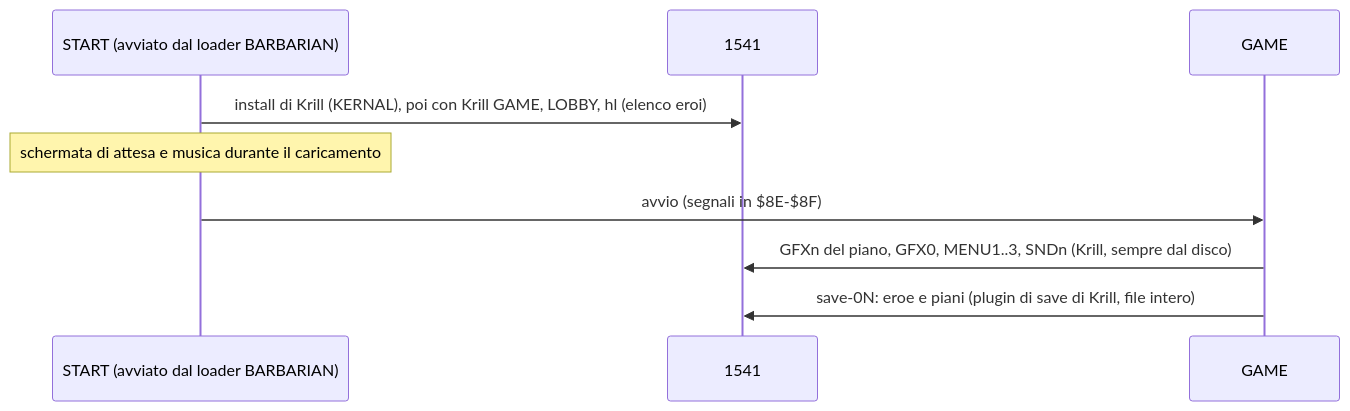
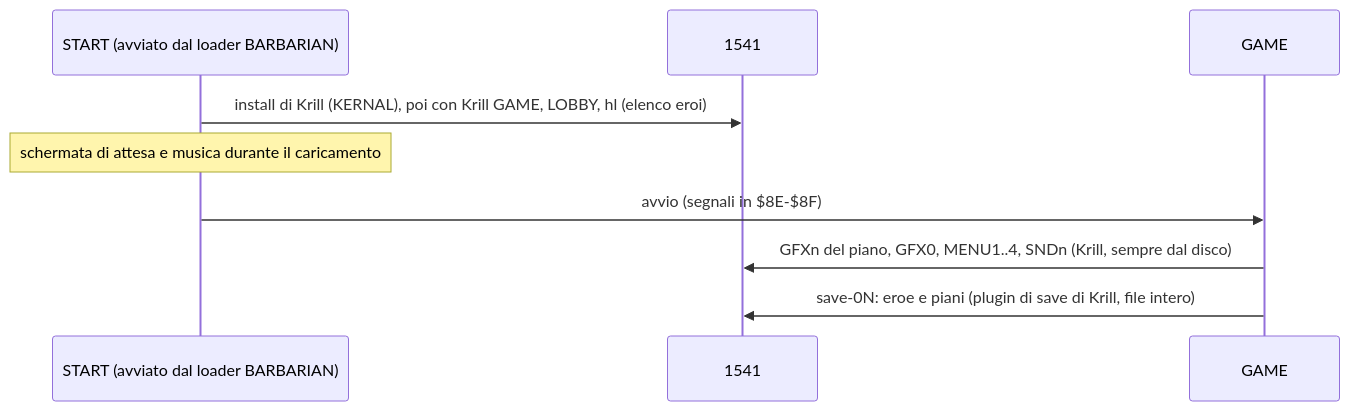
Before and after one commit to caporalesimone/barbarian-the-blood-path: the diagram in docs/wiki/tecnica.md, drawn with Mermaid. The commit also changed other lines of this file and 23 other files, not shown here.

First line of the commit message:
NPC del villaggio: 4 disegni propri e colori diversi dal terreno

````diff
--- a/docs/wiki/tecnica.md
+++ b/docs/wiki/tecnica.md
@@ -63,11 +63,11 @@
 ```mermaid
 sequenceDiagram
     participant L as START (avviato dal loader BARBARIAN)
     participant D as 1541
     participant G as GAME
     L->>D: install di Krill (KERNAL), poi con Krill GAME, LOBBY, hl (elenco eroi)
     Note over L: schermata di attesa e musica durante il caricamento
     L->>G: avvio (segnali in $8E-$8F)
-    G->>D: GFXn del piano, GFX0, MENU1..3, SNDn (Krill, sempre dal disco)
+    G->>D: GFXn del piano, GFX0, MENU1..4, SNDn (Krill, sempre dal disco)
     G->>D: save-0N: eroe e piani (plugin di save di Krill, file intero)
 ```
````
